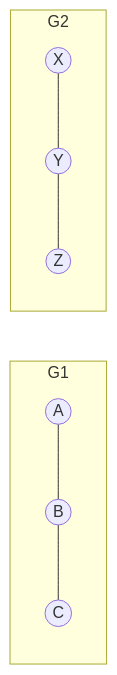
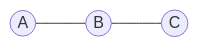
Before and after one commit to NagaoVictor/nagao-engineering: diagram 17 of 19 in docs/mathematics/grafos.md, drawn with Mermaid. The commit also changed other lines of this file, not shown here.

````diff
--- a/docs/mathematics/grafos.md
+++ b/docs/mathematics/grafos.md
@@ -489,41 +213,9 @@
 ```mermaid
+graph LR
+    A((A))
+    B((B))
+    C((C))
 
-graph LR
-
-
-
-subgraph G1
-
-A((A))
-
-B((B))
-
-C((C))
-
-
-
-A --- B
-
-B --- C
-
-end
-
-
-
-subgraph G2
-
-X((X))
-
-Y((Y))
-
-Z((Z))
-
-
-
-X --- Y
-
-Y --- Z
-
-end
-
+    A --- B
+    B --- C
 ```
````
